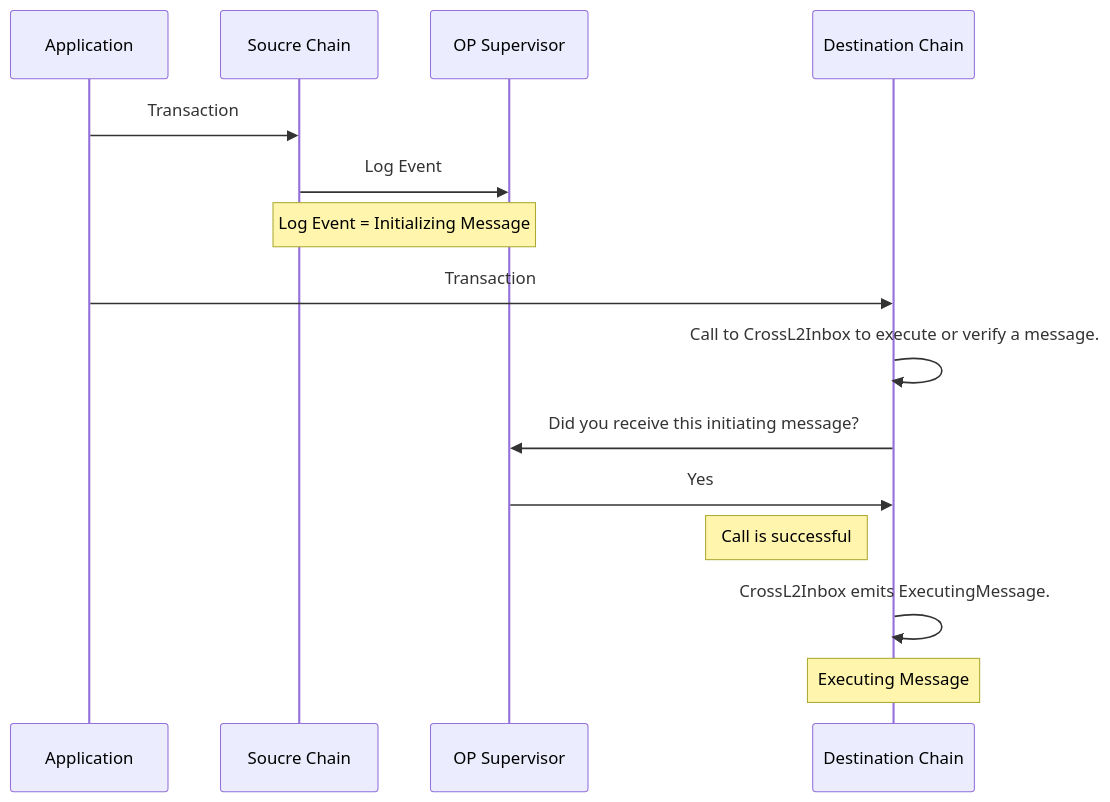
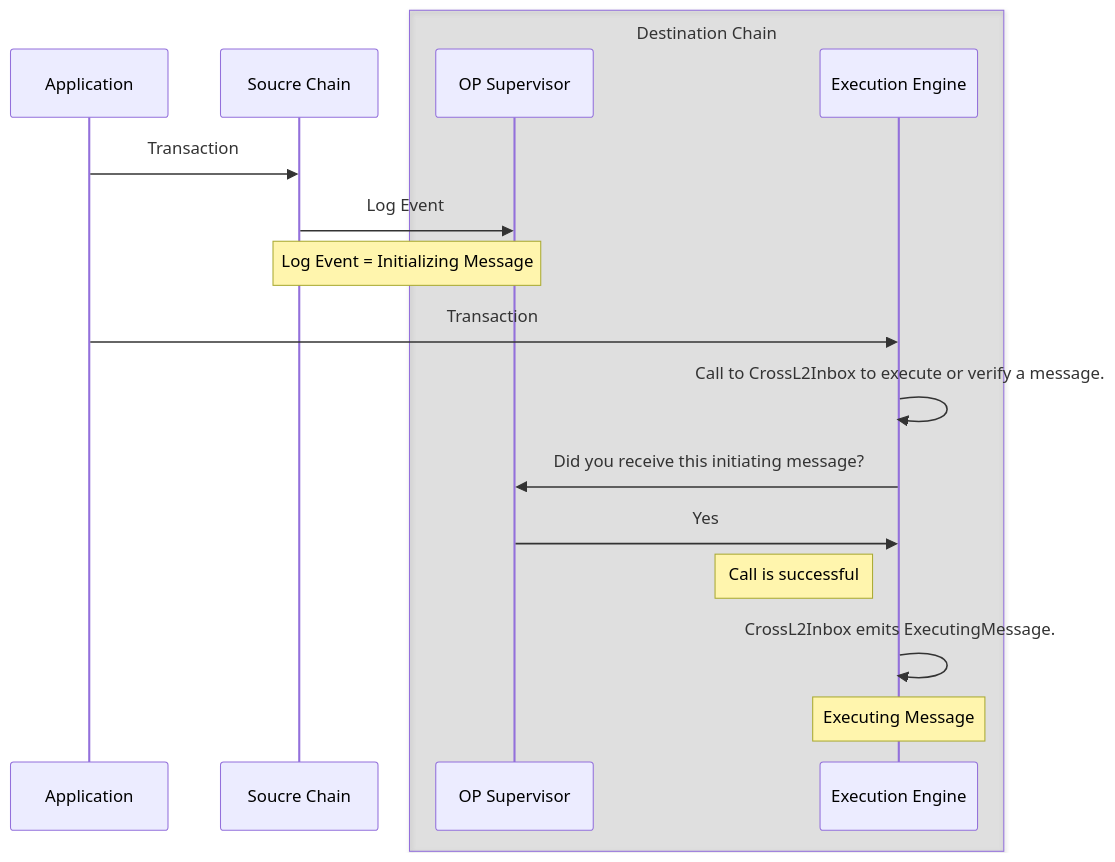
The second of 3 diagrams in pages/stack/interop/architecture.mdx (ethereum-optimism/docs), drawn with Mermaid before and after one commit. The commit also changed other lines of this file, not shown here.

Commit message:
docs(interop/architecture): first version

````diff
--- a/pages/stack/interop/architecture.mdx
+++ b/pages/stack/interop/architecture.mdx
@@ -39,18 +56,20 @@
 ```mermaid
 
 sequenceDiagram
     participant app as Application
     participant src as Soucre Chain
-    participant op-sup as OP Supervisor
-    participant dst as Destination Chain
+    box rgba(0,0,0,0.1) Destination Chain
+      participant dst-sup as OP Supervisor
+      participant dst-geth as Execution Engine
+    end
     app->>src: Transaction
-    src->>op-sup: Log Event
-    note over src,op-sup: Log Event = Initializing Message
-    app->>dst: Transaction
-    dst->>dst: Call to CrossL2Inbox to execute or verify a message.
-    dst->>op-sup: Did you receive this initiating message?
-    op-sup->>dst: Yes
-    note left of dst: Call is successful
-    dst->>dst: CrossL2Inbox emits ExecutingMessage.
-    note over dst: Executing Message
+    src->>dst-sup: Log Event
+    note over src,dst-sup: Log Event = Initializing Message
+    app->>dst-geth: Transaction
+    dst-geth->>dst-geth: Call to CrossL2Inbox to execute or verify a message.
+    dst-geth->>dst-sup: Did you receive this initiating message?
+    dst-sup->>dst-geth: Yes
+    note left of dst-geth: Call is successful
+    dst-geth->>dst-geth: CrossL2Inbox emits ExecutingMessage.
+    note over dst-geth: Executing Message
 ```
````
